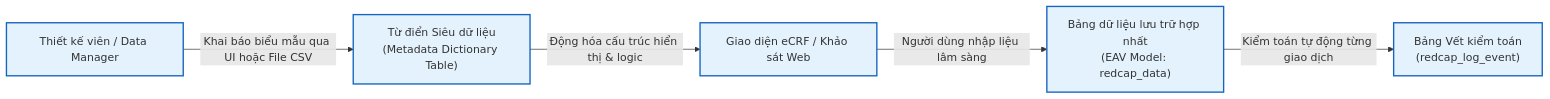
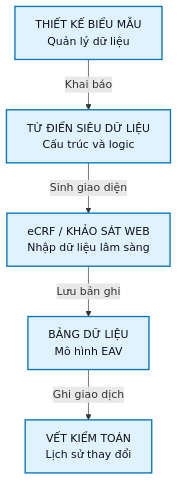
The third of 3 diagrams in course/book/ch02.md (fossbk-spec/biomedical-rdm-course), drawn with Mermaid before and after one commit. The commit also changed other lines of this file and 4 other files, not shown here.

Commit message:
sync: redesigned Mermaid diagrams (ch01-ch03, ch05); strip stray HTML tags in diagram labels

````diff
--- a/course/book/ch02.md
+++ b/course/book/ch02.md
@@ -139,10 +140,14 @@
 ```mermaid
-flowchart LR
-    A["Thiết kế viên / Data Manager"] -->|"Khai báo biểu mẫu qua UI hoặc File CSV"| B["Từ điển Siêu dữ liệu<br/>(Metadata Dictionary Table)"]
-    B -->|"Động hóa cấu trúc hiển thị & logic"| C["Giao diện eCRF / Khảo sát Web"]
-    C -->|"Người dùng nhập liệu lâm sàng"| D["Bảng dữ liệu lưu trữ hợp nhất<br/>(EAV Model: redcap_data)"]
-    D -->|"Kiểm toán tự động từng giao dịch"| E["Bảng Vết kiểm toán<br/>(redcap_log_event)"]
+flowchart TD
+    A["THIẾT KẾ BIỂU MẪU<br/>Quản lý dữ liệu"] -->|"Khai báo"| B["TỪ ĐIỂN SIÊU DỮ LIỆU<br/>Cấu trúc và logic"]
+    B -->|"Sinh giao diện"| C["eCRF / KHẢO SÁT WEB<br/>Nhập dữ liệu lâm sàng"]
+    C -->|"Lưu bản ghi"| D["BẢNG DỮ LIỆU<br/>Mô hình EAV"]
+    D -->|"Ghi giao dịch"| E["VẾT KIỂM TOÁN<br/>Lịch sử thay đổi"]
 
-    classDef core fill:#e3f2fd,stroke:#1565c0,stroke-width:2px;
-    class A,B,C,D,E core;
+    classDef lawStyle fill:#E8EAF6,stroke:#283593,stroke-width:2px,color:#0D1117;
+    classDef archStyle fill:#E0F2FE,stroke:#0277BD,stroke-width:2px,color:#0D1117;
+    classDef techStyle fill:#FFF3E0,stroke:#E65100,stroke-width:2px,color:#0D1117;
+    classDef mathStyle fill:#E8F5E9,stroke:#2E7D32,stroke-width:2px,color:#0D1117;
+    classDef warnStyle fill:#FFEBEE,stroke:#C62828,stroke-width:2px,color:#0D1117;
+    class A,B,C,D,E archStyle;
 ```
````
